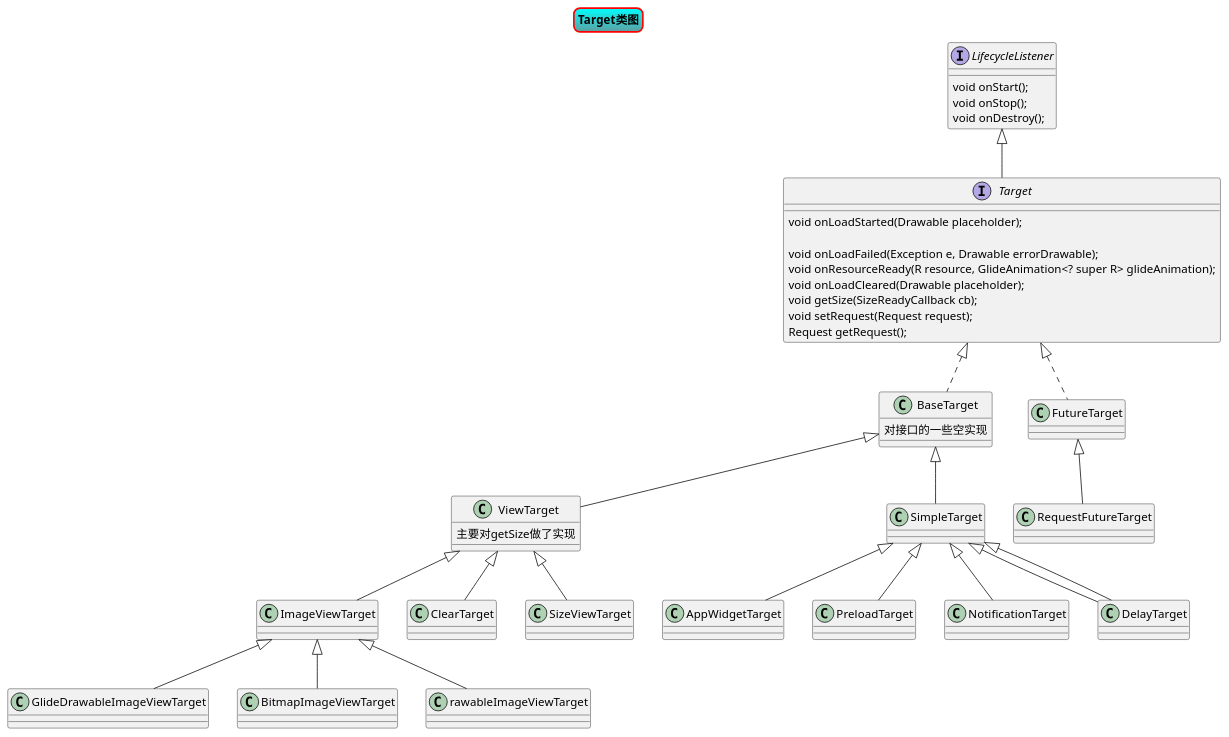
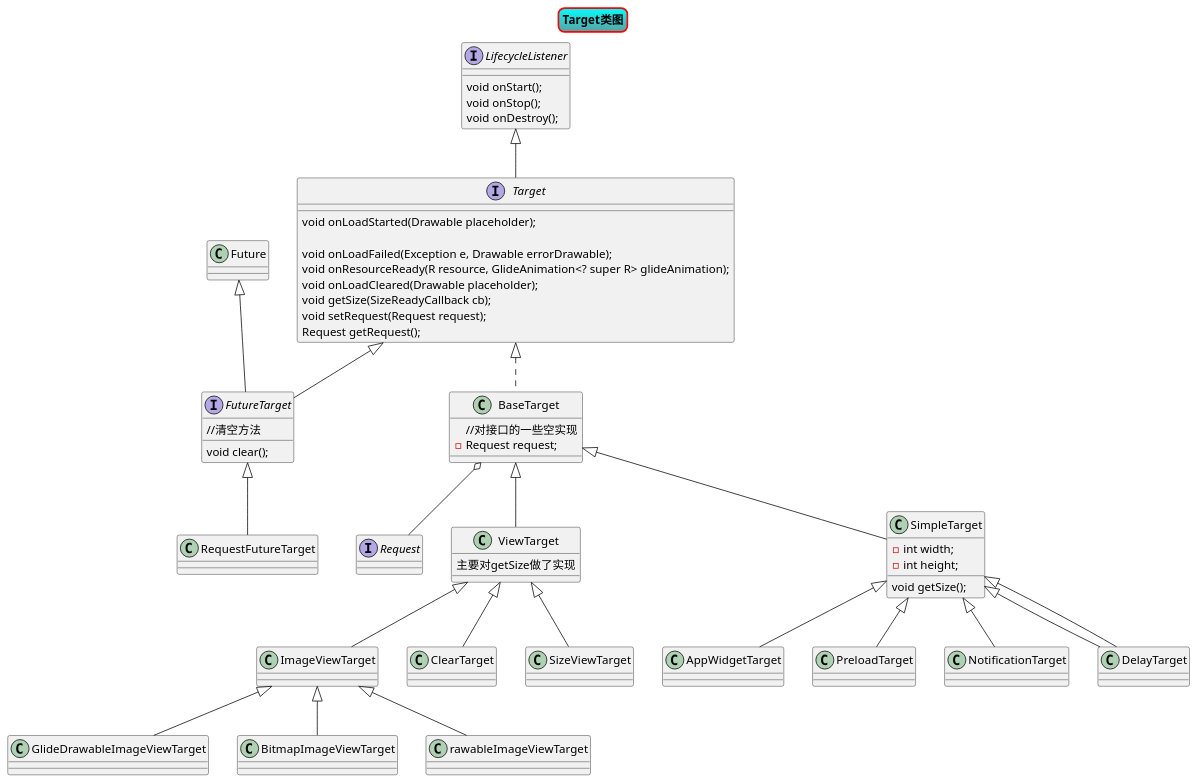
The diagram in gitbook/glide/glide10/uml/target.puml (seekting/glidedoc), drawn with PlantUML before and after one commit. The commit also changed 5 other files, not shown here.

```diff
--- a/gitbook/glide/glide10/uml/target.puml
+++ b/gitbook/glide/glide10/uml/target.puml
@@ -1,74 +1,90 @@
 @startuml
 
 skinparam titleBorderRoundCorner 15
 skinparam titleBorderThickness 2
 skinparam titleBorderColor red
 skinparam titleBackgroundColor Aqua-CadetBlue
 title Target类图
  interface Target{
 
     void onLoadStarted(Drawable placeholder);
 
     void onLoadFailed(Exception e, Drawable errorDrawable);
 
 
     void onResourceReady(R resource, GlideAnimation<? super R> glideAnimation);
 
 
     void onLoadCleared(Drawable placeholder);
 
 
     void getSize(SizeReadyCallback cb);
 
 
     void setRequest(Request request);
 
 
     Request getRequest();
 }
 
 interface LifecycleListener{
     void onStart();
     void onStop();
     void onDestroy();
 }
+interface Request{
+}
+class BaseTarget{
+//对接口的一些空实现
+- Request request;
 
-class BaseTarget{
-对接口的一些空实现
 }
+BaseTarget o-- Request
+
 class ViewTarget{
 主要对getSize做了实现
 }
+
 LifecycleListener<|--Target
+Target <|--FutureTarget
 Target <|..BaseTarget
-Target <|..FutureTarget
-
+Future <|-- FutureTarget
+interface FutureTarget{
+//清空方法
+void clear();
+}
 BaseTarget<|--ViewTarget
 BaseTarget <|-- SimpleTarget
+
+class SimpleTarget{
+ - int width;
+   -int height;
+    void getSize();
+}
 
 
 ViewTarget<|--ImageViewTarget
 ViewTarget<|--ClearTarget
 ViewTarget<|--SizeViewTarget
 
 ImageViewTarget<|--GlideDrawableImageViewTarget
 ImageViewTarget<|--BitmapImageViewTarget
 ImageViewTarget<|--DrawableImageViewTarget
 
 
 
 
 SimpleTarget <|-- AppWidgetTarget
 SimpleTarget <|--PreloadTarget
 SimpleTarget <|-- NotificationTarget
 SimpleTarget <|-- DelayTarget
 SimpleTarget <|-- DelayTarget
 
 
 FutureTarget <|-- RequestFutureTarget
 
 
 
 
 
 @enduml
```
